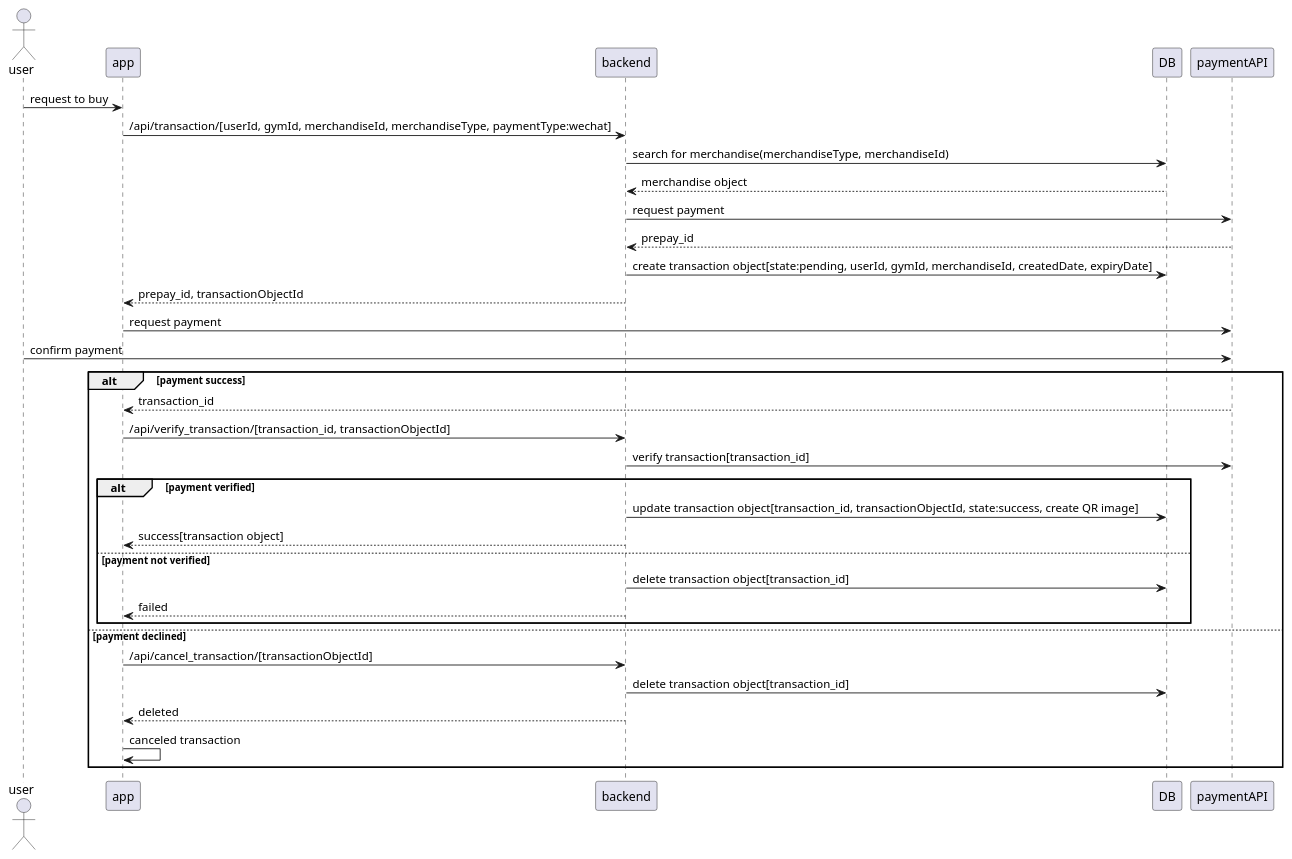
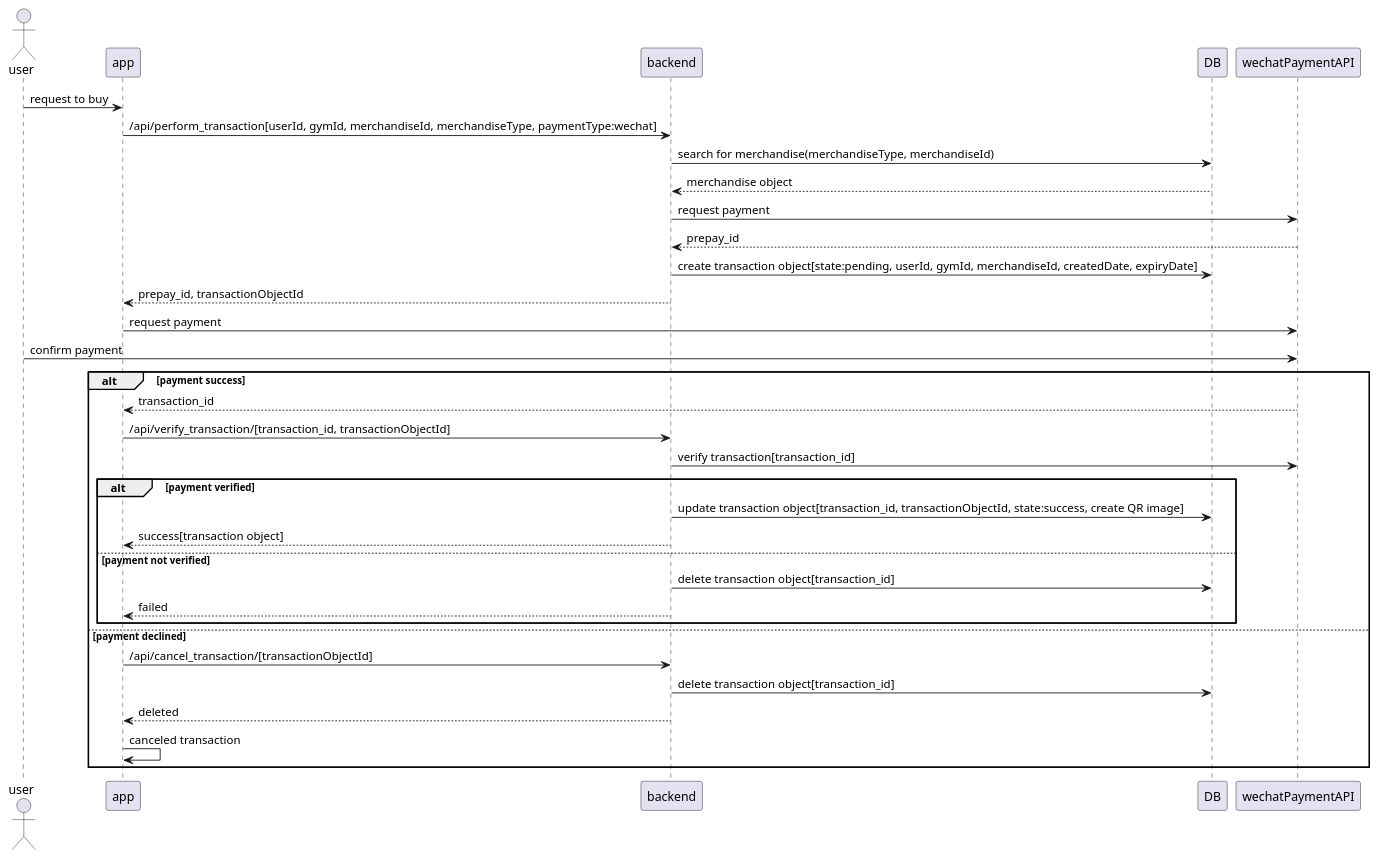
The diagram in wechat_transaction.puml (zi-yang-zhang/tnt-backend), drawn with PlantUML before and after one commit. The commit also changed 6 other files, not shown here.

```diff
--- a/wechat_transaction.puml
+++ b/wechat_transaction.puml
@@ -1,31 +1,31 @@
 @startuml
 actor user
 user -> app: request to buy
-app -> backend: /api/transaction/[userId, gymId, merchandiseId, merchandiseType, paymentType:wechat]
+app -> backend: /api/perform_transaction[userId, gymId, merchandiseId, merchandiseType, paymentType:wechat]
 backend ->DB: search for merchandise(merchandiseType, merchandiseId)
 DB --> backend: merchandise object
-backend -> paymentAPI: request payment
-paymentAPI --> backend: prepay_id
+backend -> wechatPaymentAPI: request payment
+wechatPaymentAPI --> backend: prepay_id
 backend -> DB: create transaction object[state:pending, userId, gymId, merchandiseId, createdDate, expiryDate]
 backend --> app: prepay_id, transactionObjectId
-app -> paymentAPI: request payment
-user -> paymentAPI: confirm payment
+app -> wechatPaymentAPI: request payment
+user -> wechatPaymentAPI: confirm payment
 alt payment success
-paymentAPI --> app : transaction_id
+wechatPaymentAPI --> app : transaction_id
 app -> backend: /api/verify_transaction/[transaction_id, transactionObjectId]
-backend -> paymentAPI: verify transaction[transaction_id]
+backend -> wechatPaymentAPI: verify transaction[transaction_id]
 alt payment verified
 backend -> DB: update transaction object[transaction_id, transactionObjectId, state:success, create QR image]
 backend --> app: success[transaction object]
 else payment not verified
 backend -> DB: delete transaction object[transaction_id]
 backend --> app: failed
 end
 else payment declined
 app -> backend: /api/cancel_transaction/[transactionObjectId]
 backend -> DB: delete transaction object[transaction_id]
 backend --> app: deleted
 app -> app: canceled transaction
 end
 
 @enduml
```
